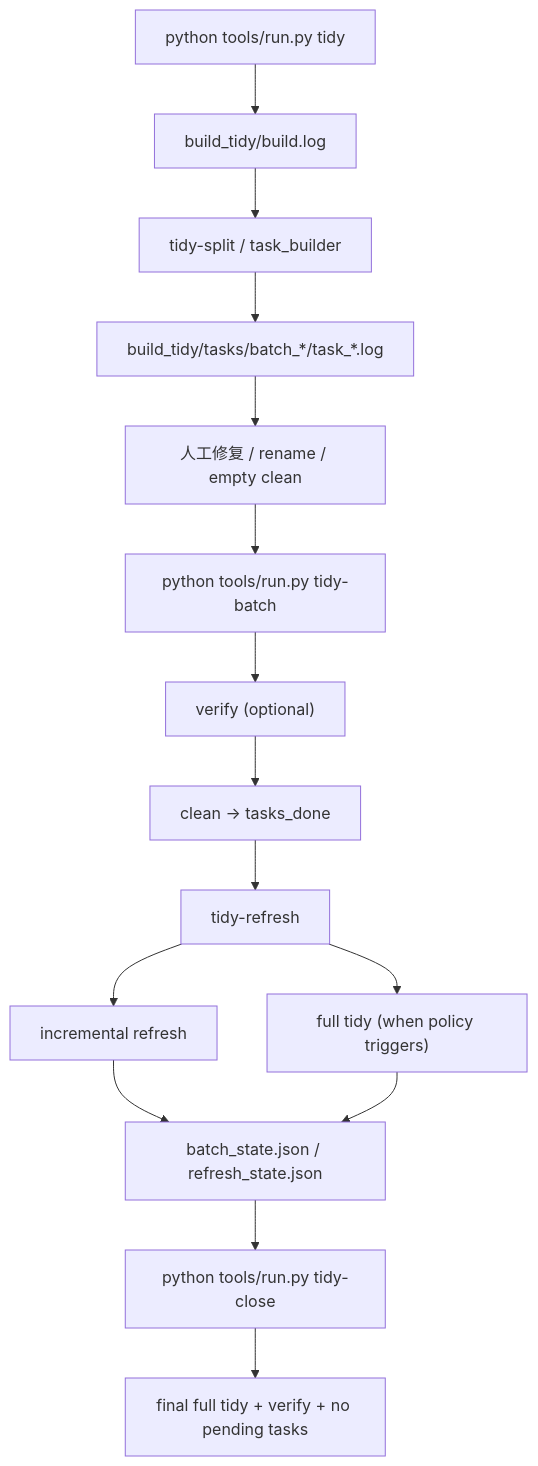
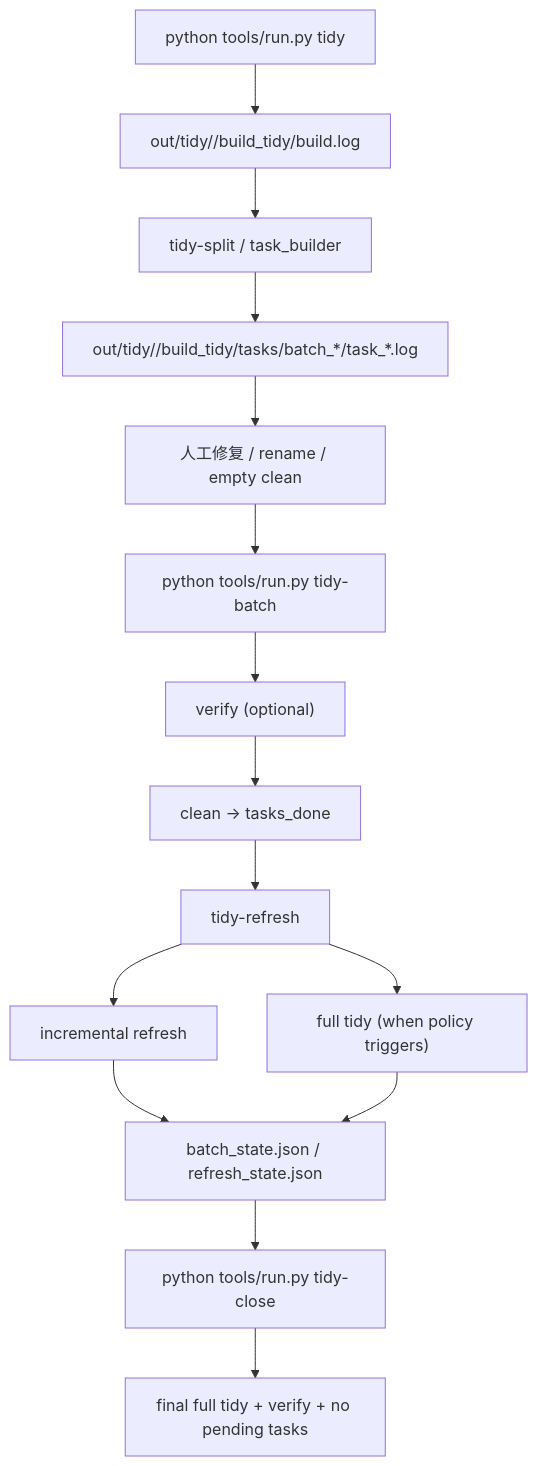
One commit to camellia2077/time_tracer changed the diagram in docs/toolchain/clang_tidy_flow.md. Above: the diagram before and after it, drawn with Mermaid. The commit also changed other lines of this file and 138 other files, not shown here.

````diff
--- a/docs/toolchain/clang_tidy_flow.md
+++ b/docs/toolchain/clang_tidy_flow.md
@@ -26,17 +26,17 @@
 ```mermaid
 flowchart TD
-    A["python tools/run.py tidy"] --> B["build_tidy/build.log"]
+    A["python tools/run.py tidy"] --> B["out/tidy/<app>/build_tidy/build.log"]
     B --> C["tidy-split / task_builder"]
-    C --> D["build_tidy/tasks/batch_*/task_*.log"]
+    C --> D["out/tidy/<app>/build_tidy/tasks/batch_*/task_*.log"]
     D --> E["人工修复 / rename / empty clean"]
     E --> F["python tools/run.py tidy-batch"]
     F --> G["verify (optional)"]
     G --> H["clean -> tasks_done"]
     H --> I["tidy-refresh"]
     I --> J["incremental refresh"]
     I --> K["full tidy (when policy triggers)"]
     J --> L["batch_state.json / refresh_state.json"]
     K --> L
     L --> M["python tools/run.py tidy-close"]
     M --> N["final full tidy + verify + no pending tasks"]
 ```
````
